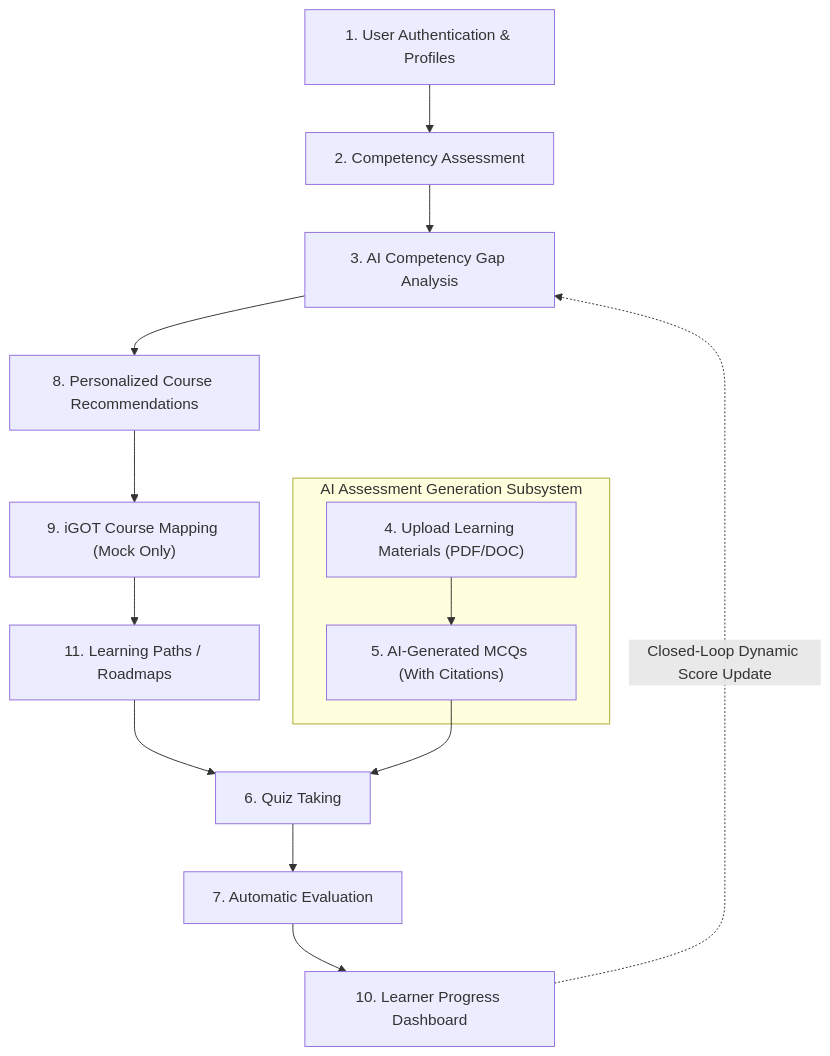
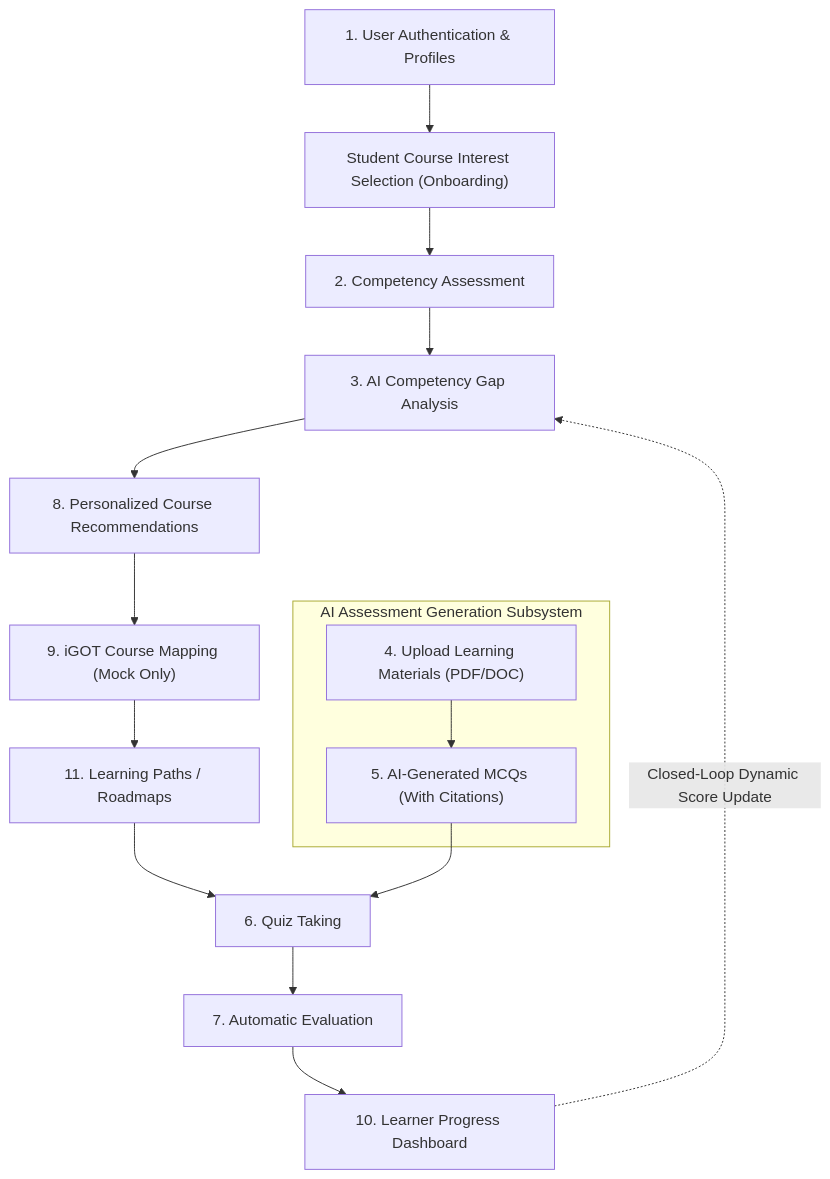
One commit to HEMANTHCHOWDARY-OFF/igotkarmayogiclone changed the diagram in project details/MVP_FEATURES.md. Above: the diagram before and after it, drawn with Mermaid. The commit also changed other lines of this file and 30 other files, not shown here.

Commit message:
feat: 5400+ iGOT catalog, dual-mode selection, roadmap.sh hierarchy & accurate gap analysis tracking

````diff
--- a/project details/MVP_FEATURES.md
+++ b/project details/MVP_FEATURES.md
@@ -38,18 +38,19 @@
 ```mermaid
 flowchart TD
-    F1["1. User Authentication & Profiles"] --> F2["2. Competency Assessment"]
+    F1["1. User Authentication & Profiles"] --> F_ONBOARD["Student Course Interest Selection (Onboarding)"]
+    F_ONBOARD --> F2["2. Competency Assessment"]
     F2 --> F3["3. AI Competency Gap Analysis"]
     F3 --> F8["8. Personalized Course Recommendations"]
     F8 --> F9["9. iGOT Course Mapping (Mock Only)"]
     F9 --> F11["11. Learning Paths / Roadmaps"]
     
     subgraph AI_Quiz["AI Assessment Generation Subsystem"]
         F4["4. Upload Learning Materials (PDF/DOC)"] --> F5["5. AI-Generated MCQs (With Citations)"]
     end
     
     F11 --> F6["6. Quiz Taking"]
     F5 --> F6
     F6 --> F7["7. Automatic Evaluation"]
     F7 --> F10["10. Learner Progress Dashboard"]
     F10 -.->|"Closed-Loop Dynamic Score Update"| F3
 ```
````
